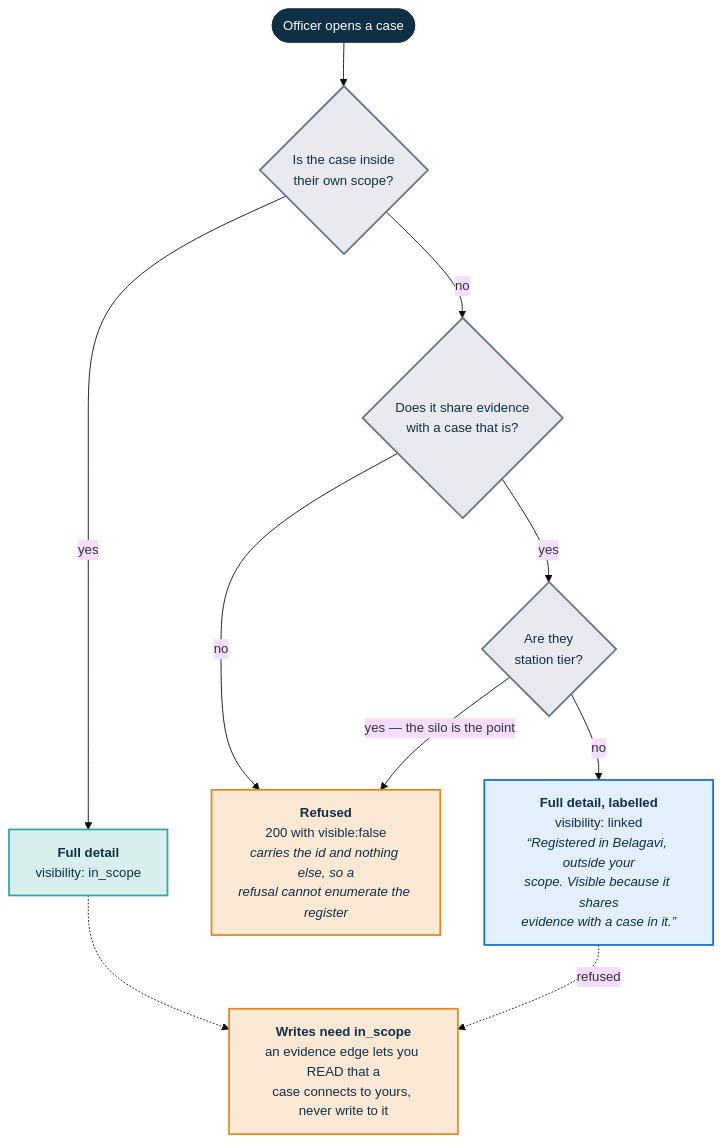
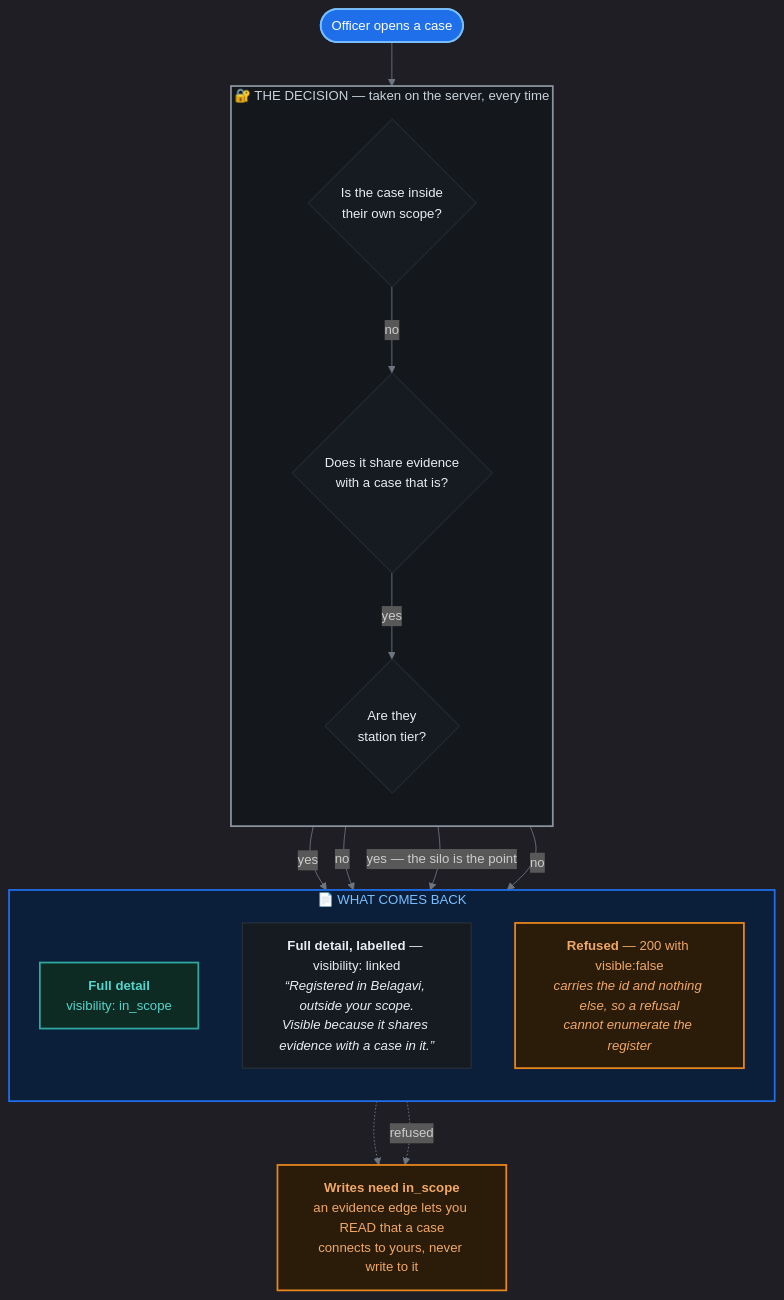
One commit to adarshcod30/Kadi changed the fourth of 6 diagrams in README.md. Above: the diagram before and after it, drawn with Mermaid. The commit also changed other lines of this file, not shown here.

First line of the commit message:
Restyle the diagrams for a dark page

````diff
--- a/README.md
+++ b/README.md
@@ -431,35 +436,43 @@
 ```mermaid
-%%{init: {'theme':'base','themeVariables':{'fontSize':'15px','fontFamily':'ui-sans-serif, system-ui, sans-serif'}}}%%
+%%{init: {'theme':'dark','themeVariables':{'fontSize':'15px','fontFamily':'ui-sans-serif, system-ui, sans-serif','lineColor':'#6e7681','primaryTextColor':'#e6edf3'}}}%%
 flowchart TD
     Q(["Officer opens a case"])
-    S{"Is the case inside<br/>their own scope?"}
-    L{"Does it share evidence<br/>with a case that is?"}
-    T{"Are they<br/>station tier?"}
 
-    FULL["<b>Full detail</b><br/>visibility: in_scope"]
-    LINK["<b>Full detail, labelled</b><br/>visibility: linked<br/><i>“Registered in Belagavi, outside your<br/>scope. Visible because it shares<br/>evidence with a case in it.”</i>"]
-    DENY["<b>Refused</b><br/>200 with visible:false<br/><i>carries the id and nothing else, so a<br/>refusal cannot enumerate the register</i>"]
-    WRITE["<b>Writes need in_scope</b><br/>an evidence edge lets you READ that a<br/>case connects to yours, never write to it"]
+    subgraph DEC["🔐  THE DECISION — taken on the server, every time"]
+        direction TB
+        S{"Is the case inside<br/>their own scope?"}
+        L{"Does it share evidence<br/>with a case that is?"}
+        T{"Are they<br/>station tier?"}
+        S -->|no| L
+        L -->|yes| T
+    end
+
+    subgraph RES["📄  WHAT COMES BACK"]
+        direction TB
+        FULL["<b>Full detail</b><br/>visibility: in_scope"]
+        LINK["<b>Full detail, labelled</b> — visibility: linked<br/><i>“Registered in Belagavi, outside your scope.<br/>Visible because it shares evidence with a case in it.”</i>"]
+        DENY["<b>Refused</b> — 200 with visible:false<br/><i>carries the id and nothing else, so a refusal<br/>cannot enumerate the register</i>"]
+    end
+
+    W["<b>Writes need in_scope</b><br/>an evidence edge lets you READ that a case<br/>connects to yours, never write to it"]
 
     Q --> S
     S -->|yes| FULL
-    S -->|no| L
     L -->|no| DENY
-    L -->|yes| T
     T -->|"yes — the silo is the point"| DENY
     T -->|no| LINK
-    FULL -.-> WRITE
-    LINK -.->|refused| WRITE
+    FULL -.-> W
+    LINK -.->|refused| W
 
-    classDef ask   fill:#E8EAEF,stroke:#64748B,stroke-width:2px,color:#0F2F44
-    classDef good  fill:#D8EFED,stroke:#2FA8A0,stroke-width:2px,color:#0F2F44
-    classDef linked fill:#E3F0FB,stroke:#1A6FC4,stroke-width:2px,color:#0F2F44
-    classDef bad   fill:#FBE9D6,stroke:#E8871E,stroke-width:2px,color:#0F2F44
-    classDef actor fill:#0F2F44,stroke:#0F2F44,color:#FFFFFF
+    classDef box   fill:#161b22,stroke:#30363d,stroke-width:1px,color:#e6edf3
+    classDef good  fill:#0d2b22,stroke:#2FA8A0,stroke-width:2px,color:#56d4cc
+    classDef warn  fill:#2b1b09,stroke:#E8871E,stroke-width:2px,color:#f0a868
+    classDef actor fill:#1f6feb,stroke:#79c0ff,stroke-width:2px,color:#ffffff
+    class S,L,T,LINK box
+    class FULL good
+    class DENY,W warn
+    class Q actor
 
-    class S,L,T ask
-    class FULL good
-    class LINK linked
-    class DENY,WRITE bad
-    class Q actor
+    style DEC fill:#14181d,stroke:#8b949e,stroke-width:2px,color:#c9d1d9
+    style RES fill:#0b1f3a,stroke:#1f6feb,stroke-width:2px,color:#79c0ff
 ```
````
